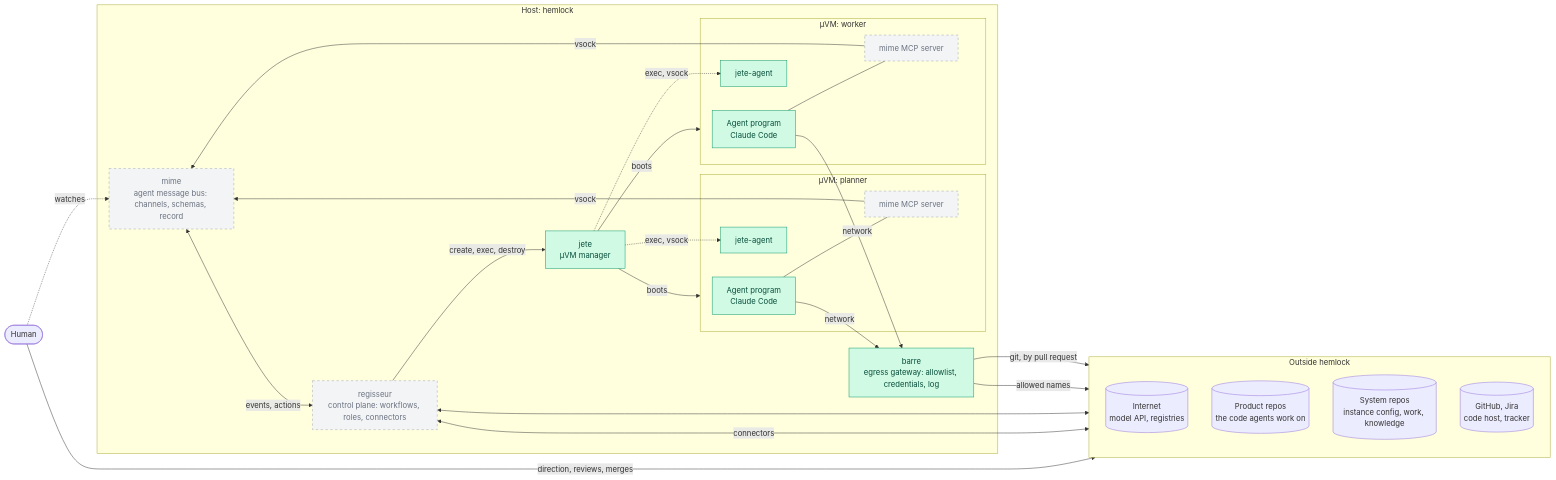
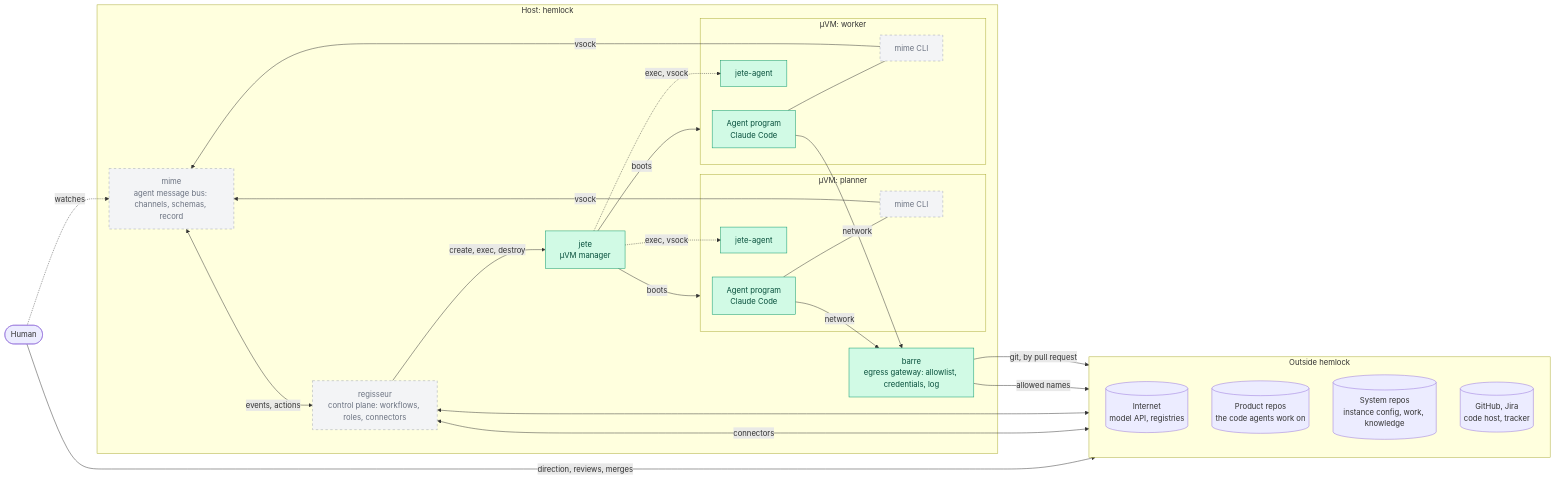
One commit to carloswestman/machinesdancing changed the diagram in docs/architecture.md. Above: the diagram before and after it, drawn with Mermaid. The commit also changed other lines of this file and 4 other files, not shown here.

First line of the commit message:
mime: design the bus, with a CLI in the µVM and delivery between turns

````diff
--- a/docs/architecture.md
+++ b/docs/architecture.md
@@ -24,44 +24,44 @@
 ```mermaid
 flowchart LR
     human([Human])
     subgraph outside[Outside hemlock]
         direction TB
         internet[(Internet<br/>model API, registries)]
         product[(Product repos<br/>the code agents work on)]
         sysrepos[(System repos<br/>instance config, work, knowledge)]
         ext[(GitHub, Jira<br/>code host, tracker)]
     end
 
     subgraph host[Host: hemlock]
         cp[regisseur<br/>control plane: workflows, roles, connectors]
         bus[mime<br/>agent message bus: channels, schemas, record]
         gw[barre<br/>egress gateway: allowlist, credentials, log]
         jete[jete<br/>µVM manager]
         subgraph vm1[µVM: planner]
-            a1[Agent program<br/>Claude Code] --- s1[mime MCP server]
+            a1[Agent program<br/>Claude Code] --- s1[mime CLI]
             j1[jete-agent]
         end
         subgraph vm2[µVM: worker]
-            a2[Agent program<br/>Claude Code] --- s2[mime MCP server]
+            a2[Agent program<br/>Claude Code] --- s2[mime CLI]
             j2[jete-agent]
         end
     end
 
     human -- direction, reviews, merges --> ext
     human -. watches .-> bus
     cp -- create, exec, destroy --> jete
     jete -- boots --> vm1 & vm2
     jete -. exec, vsock .-> j1 & j2
     s1 & s2 -- vsock --> bus
     bus <-- events, actions --> cp
     cp <-- connectors --> ext
     cp <--> sysrepos
     a1 & a2 -- network --> gw
     gw -- allowed names --> internet
     gw -- git, by pull request --> product
 
     classDef built fill:#d1fae5,stroke:#059669,color:#064e3b
     classDef planned fill:#f3f4f6,stroke:#9ca3af,stroke-dasharray:5 5,color:#6b7280
     class jete,gw,a1,a2,j1,j2 built
     class cp,bus,s1,s2 planned
 ```
````
